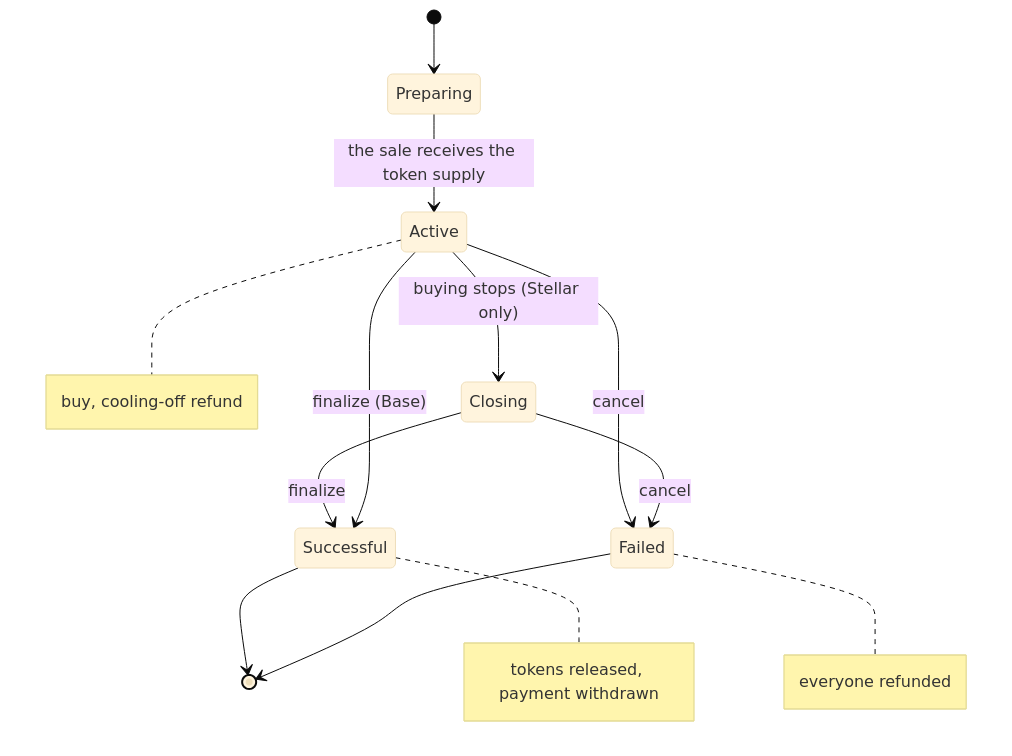
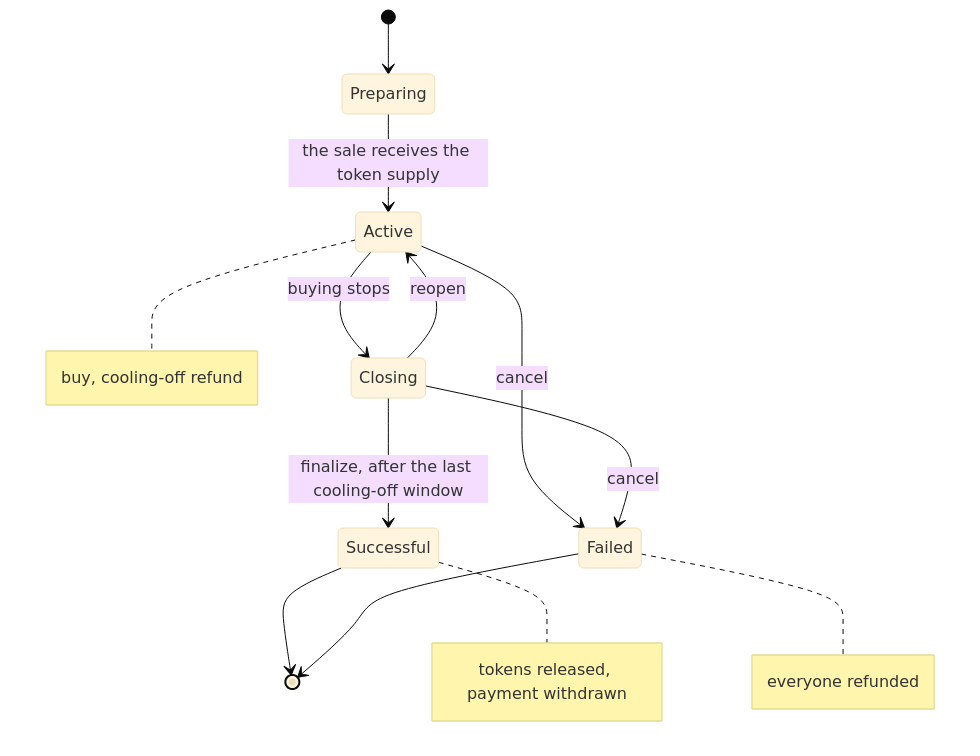
One commit to BWB-Labs/bwb-stellar changed the second of 2 diagrams in README.md. Above: the diagram before and after it, drawn with Mermaid (base theme). The commit also changed other lines of this file, not shown here.

First line of the commit message:
docs: the lifecycle diagram shows the target flow

````diff
--- a/README.md
+++ b/README.md
@@ -45,16 +47,16 @@
 ```mermaid
 stateDiagram-v2
   [*] --> Preparing
   Preparing --> Active: the sale receives the token supply
-  Active --> Closing: buying stops (Stellar only)
-  Closing --> Successful: finalize
-  Active --> Successful: finalize (Base)
+  Active --> Closing: buying stops
+  Closing --> Active: reopen
+  Closing --> Successful: finalize, after the last cooling-off window
   Active --> Failed: cancel
   Closing --> Failed: cancel
   Successful --> [*]
   Failed --> [*]
 
   note right of Active : buy, cooling-off refund
   note right of Successful : tokens released, payment withdrawn
   note right of Failed : everyone refunded
 ```
````
